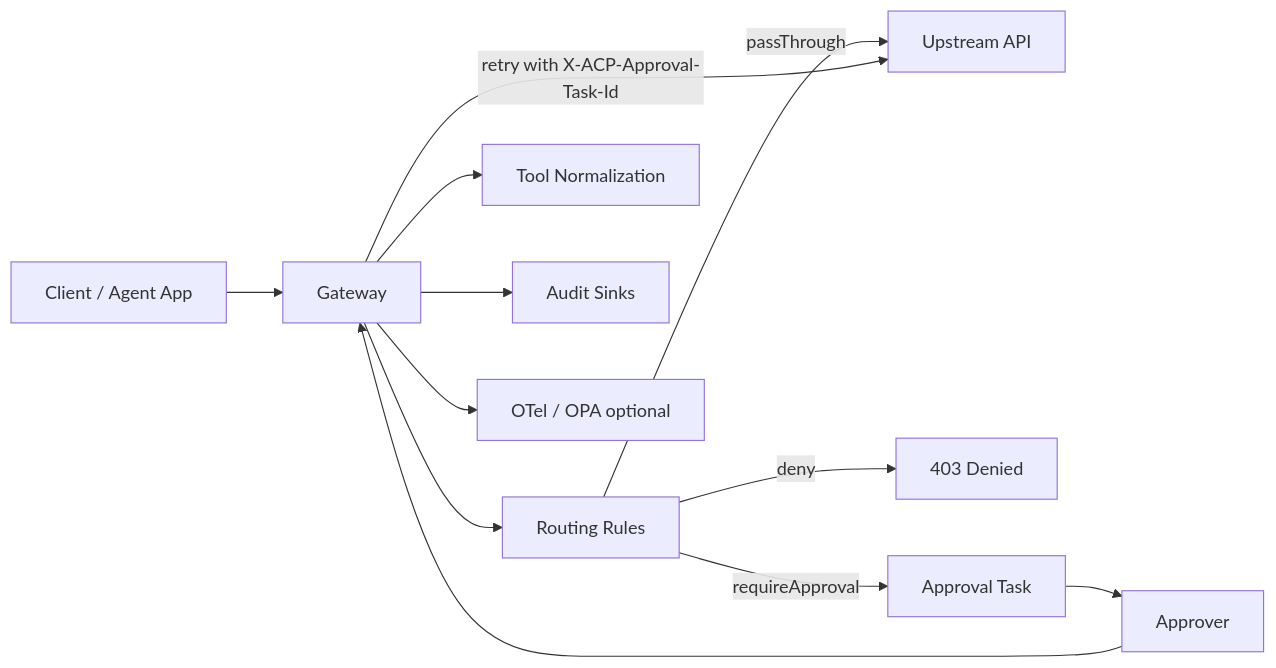
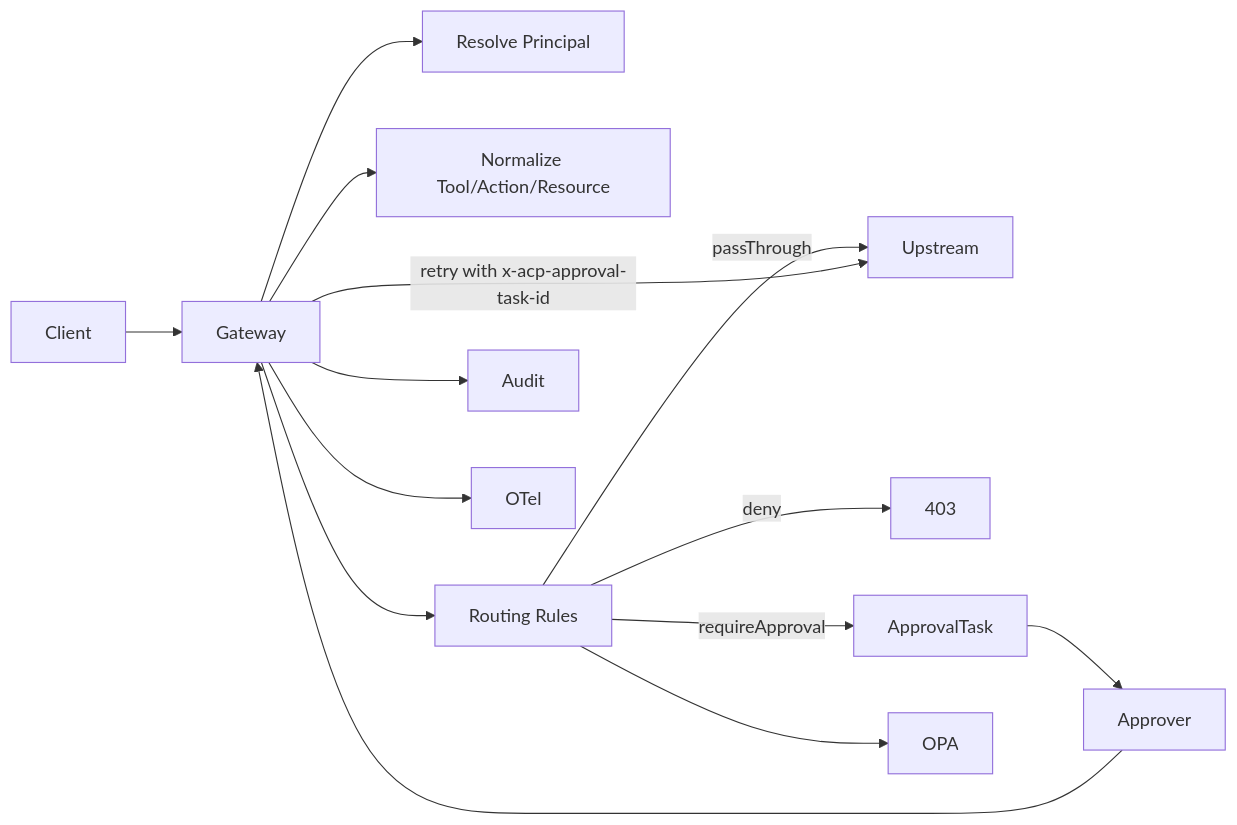
One commit to agent-governance-gateway/monorepo changed the diagram in docs/index.md. Above: the diagram before and after it, drawn with Mermaid. The commit also changed other lines of this file and 25 other files, not shown here.

````diff
--- a/docs/index.md
+++ b/docs/index.md
@@ -40,14 +44,16 @@
 ```mermaid
 flowchart LR
-  C[Client / Agent App] --> G[Gateway]
-  G --> R[Routing Rules]
-  G --> T[Tool Normalization]
-  R -->|passThrough| U[Upstream API]
-  R -->|deny| D[403 Denied]
-  R -->|requireApproval| A[Approval Task]
-  A --> P[Approver]
-  P --> G
-  G -->|retry with X-ACP-Approval-Task-Id| U
-  G --> S[Audit Sinks]
-  G --> O[OTel / OPA optional]
+  Client --> Gateway
+  Gateway --> Principal[Resolve Principal]
+  Gateway --> Tool[Normalize Tool/Action/Resource]
+  Gateway --> Rules[Routing Rules]
+  Rules -->|passThrough| Upstream
+  Rules -->|deny| Deny[403]
+  Rules -->|requireApproval| ApprovalTask
+  ApprovalTask --> Approver
+  Approver --> Gateway
+  Gateway -->|retry with x-acp-approval-task-id| Upstream
+  Gateway --> Audit
+  Gateway --> OTel
+  Rules --> OPA
 ```
````
